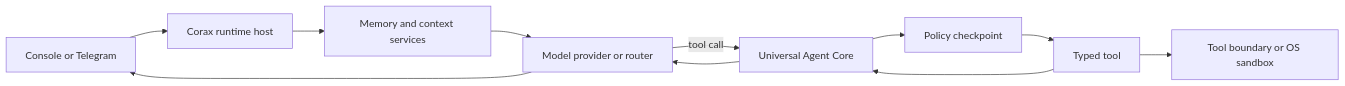
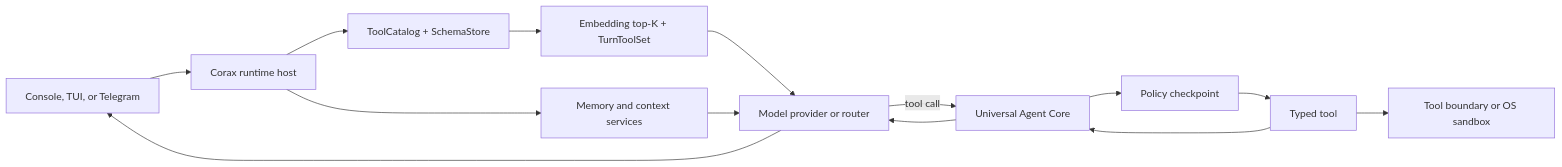
The diagram in README.md (Alex12571333/corax-agent), drawn with Mermaid before and after one commit. The commit also changed other lines of this file and 15 other files, not shown here.

````diff
--- a/README.md
+++ b/README.md
@@ -330,13 +340,16 @@
 ```mermaid
 flowchart LR
-    Channel["Console or Telegram"] --> Host["Corax runtime host"]
+    Channel["Console, TUI, or Telegram"] --> Host["Corax runtime host"]
+    Host --> Catalog["ToolCatalog + SchemaStore"]
+    Catalog --> Embed["Embedding top-K + TurnToolSet"]
+    Embed --> Model
     Host --> Memory["Memory and context services"]
     Memory --> Model["Model provider or router"]
     Model -->|tool call| Core["Universal Agent Core"]
     Core --> Policy["Policy checkpoint"]
     Policy --> Tool["Typed tool"]
     Tool --> Sandbox["Tool boundary or OS sandbox"]
     Tool --> Core
     Core --> Model
     Model --> Channel
 ```
````
